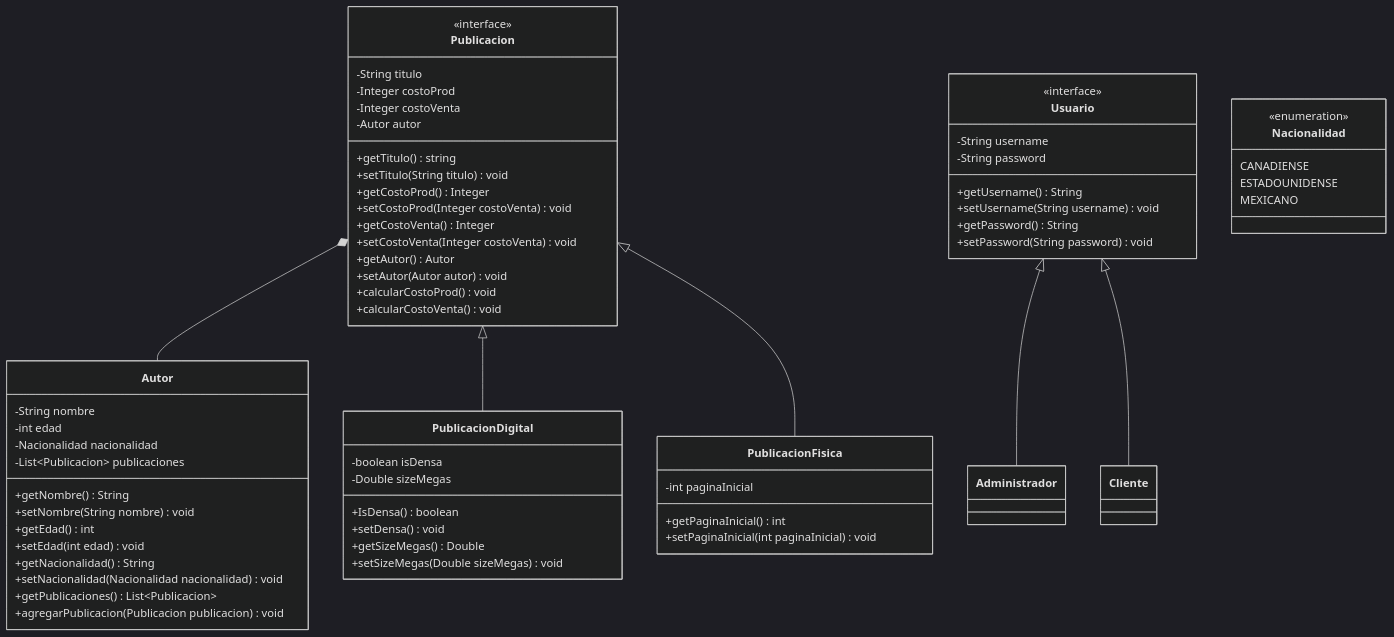
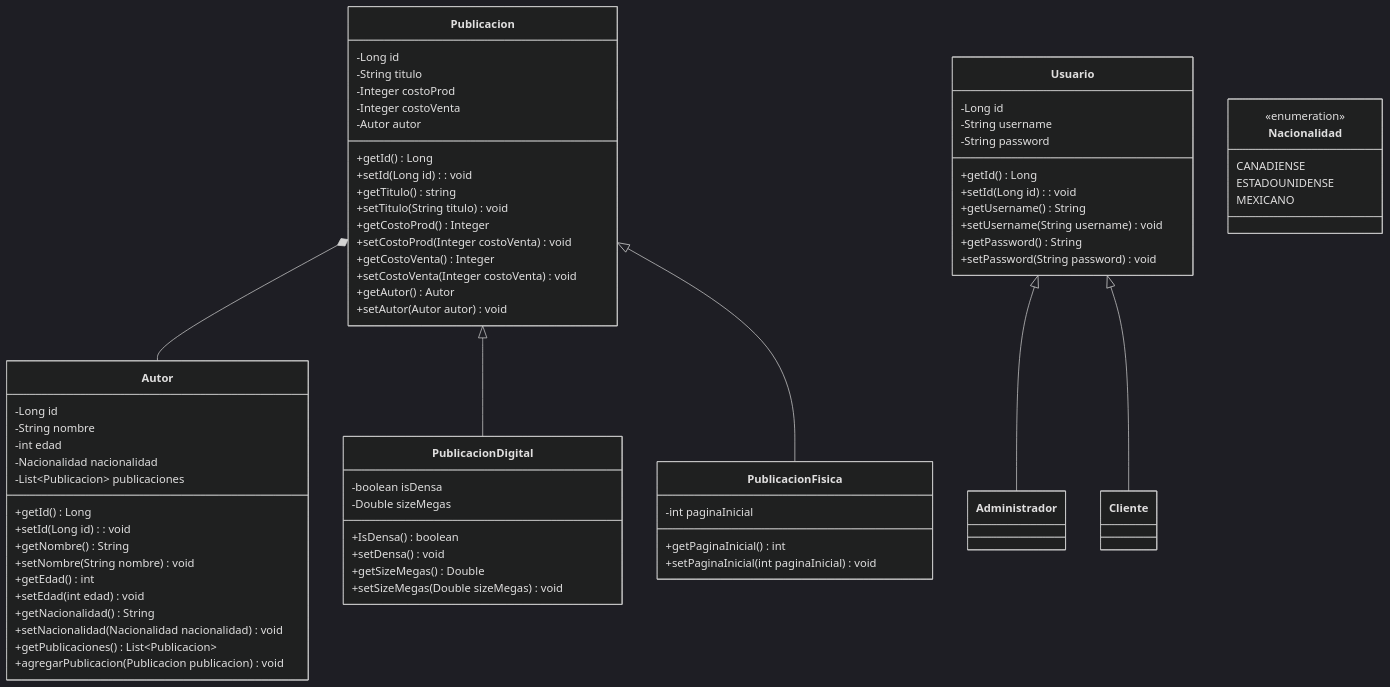
The diagram in 02_Design/ClassDiagrams/dominio.md (SilverFlin/U3_PruebasSoftware), drawn with Mermaid (dark theme) before and after one commit.

Commit message:
docs: actualizar diagrama de clase dominio

```diff
--- a/02_Design/ClassDiagrams/dominio.md
+++ b/02_Design/ClassDiagrams/dominio.md
@@ -11,17 +11,17 @@
     Usuario <|-- Administrador
     Usuario <|-- Cliente
 
-    %% Annotations
-    <<interface>> Publicacion
-    <<interface>> Usuario
 
     %% Classes
     class Autor{
+     -Long id   
      -String nombre
      -int edad
      -Nacionalidad nacionalidad
      -List~Publicacion~ publicaciones
 
+     +getId() Long
+     +setId(Long id): void
      +getNombre() String
      +setNombre(String nombre) void
      +getEdad() int
@@ -34,11 +34,14 @@
     }
 
     class  Publicacion{
+        -Long id 
         -String titulo
         -Integer costoProd
         -Integer costoVenta
         -Autor autor
 
+        +getId() Long
+        +setId(Long id): void
         +getTitulo() string
         +setTitulo(String titulo) void
         +getCostoProd() Integer
@@ -47,9 +50,6 @@
         +setCostoVenta(Integer costoVenta) void
         +getAutor() Autor
         +setAutor(Autor autor) void
-
-        +calcularCostoProd() void
-        +calcularCostoVenta() void
     }
    
 
@@ -71,9 +71,12 @@
     }
 
     class Usuario{
+        -Long id
         -String username
         -String password
 
+        +getId() Long
+        +setId(Long id): void
         +getUsername() String
         +setUsername(String username) void
         +getPassword() String
```
